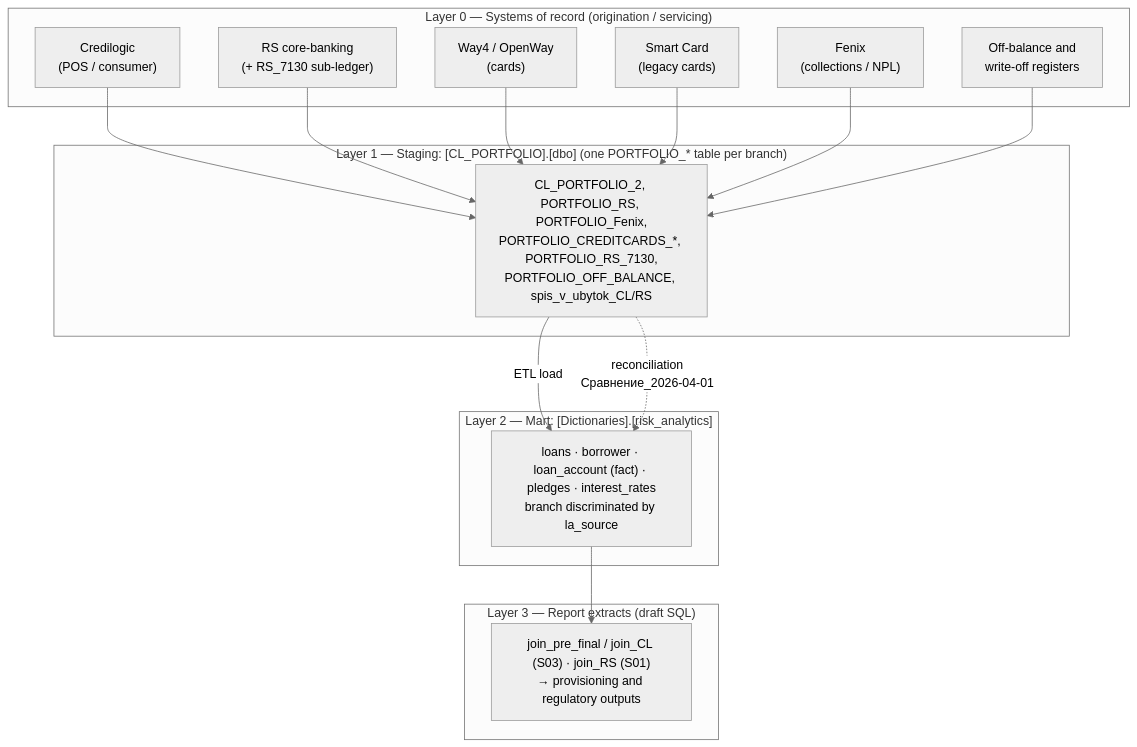
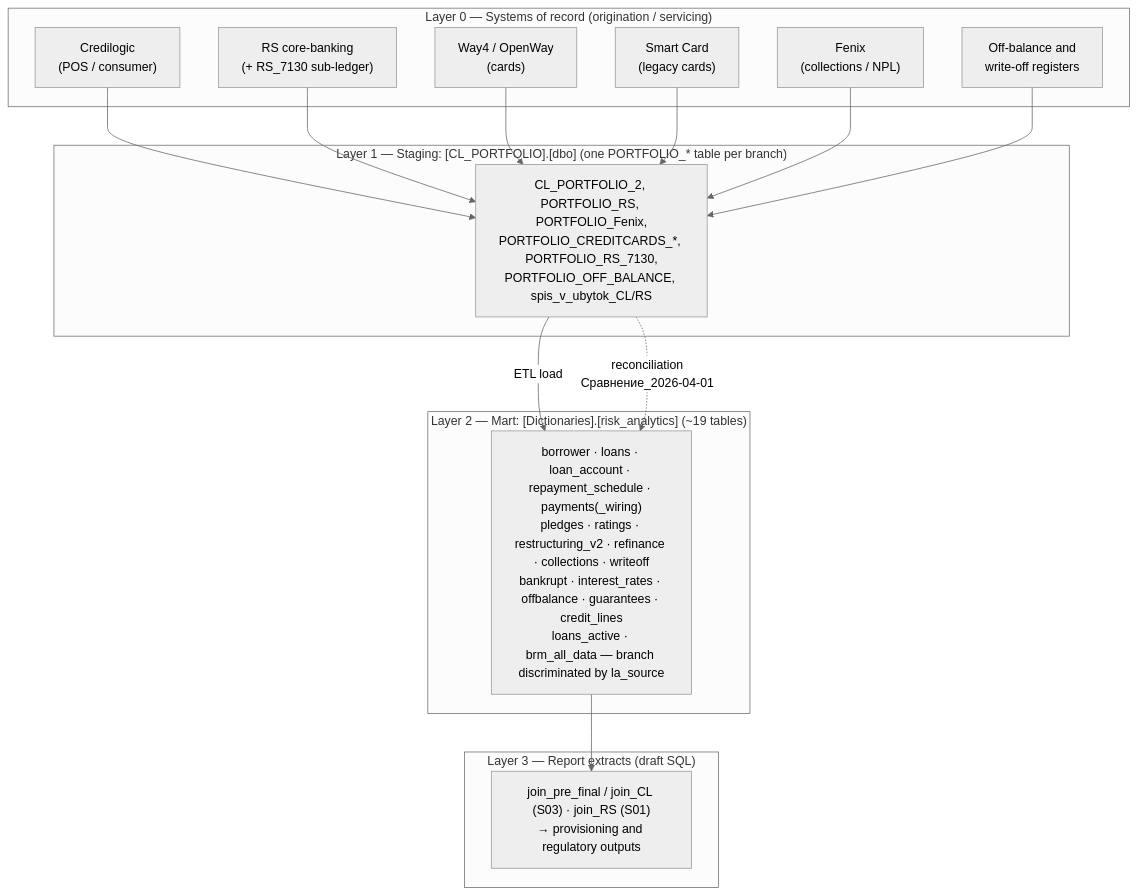
One commit to zakcination/cred_risk changed the first of 2 diagrams in docs/analysis/credit_risk_knowledge_base.md. Above: the diagram before and after it, drawn with Mermaid (neutral theme). The commit also changed other lines of this file and 2 other files, not shown here.

First line of the commit message:
Expand KB with full risk_analytics table inventory and IFRS 9 mapping

````diff
--- a/docs/analysis/credit_risk_knowledge_base.md
+++ b/docs/analysis/credit_risk_knowledge_base.md
@@ -57,33 +65,33 @@
 ```mermaid
 flowchart TD
     subgraph L0["Layer 0 — Systems of record (origination / servicing)"]
         CLsys["Credilogic<br/>(POS / consumer)"]
         RSsys["RS core-banking<br/>(+ RS_7130 sub-ledger)"]
         W4["Way4 / OpenWay<br/>(cards)"]
         SC["Smart Card<br/>(legacy cards)"]
         FX["Fenix<br/>(collections / NPL)"]
         OBsys["Off-balance and<br/>write-off registers"]
     end
 
     subgraph L1["Layer 1 — Staging: [CL_PORTFOLIO].[dbo] (one PORTFOLIO_* table per branch)"]
         P["CL_PORTFOLIO_2, PORTFOLIO_RS, PORTFOLIO_Fenix,<br/>PORTFOLIO_CREDITCARDS_*, PORTFOLIO_RS_7130,<br/>PORTFOLIO_OFF_BALANCE, spis_v_ubytok_CL/RS"]
     end
 
-    subgraph L2["Layer 2 — Mart: [Dictionaries].[risk_analytics]"]
-        M["loans · borrower · loan_account (fact) · pledges · interest_rates<br/>branch discriminated by la_source"]
+    subgraph L2["Layer 2 — Mart: [Dictionaries].[risk_analytics] (~19 tables)"]
+        M["borrower · loans · loan_account · repayment_schedule · payments(_wiring)<br/>pledges · ratings · restructuring_v2 · refinance · collections · writeoff<br/>bankrupt · interest_rates · offbalance · guarantees · credit_lines<br/>loans_active · brm_all_data — branch discriminated by la_source"]
     end
 
     subgraph L3["Layer 3 — Report extracts (draft SQL)"]
         R["join_pre_final / join_CL (S03) · join_RS (S01)<br/>→ provisioning and regulatory outputs"]
     end
 
     CLsys --> P
     RSsys --> P
     W4 --> P
     SC --> P
     FX --> P
     OBsys --> P
     P -->|ETL load| M
     M --> R
     P -. reconciliation<br/>Сравнение_2026-04-01 .-> M
 ```
````
